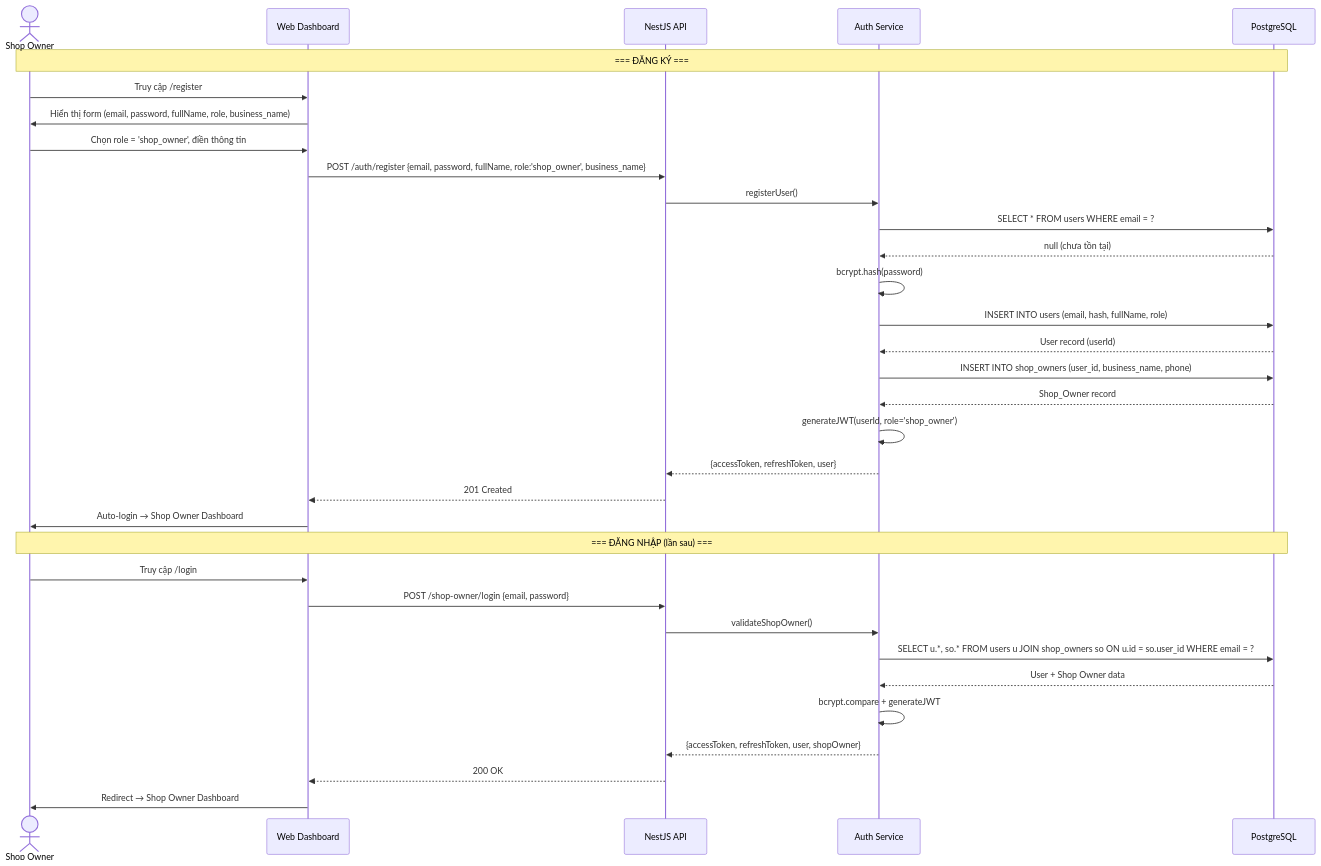
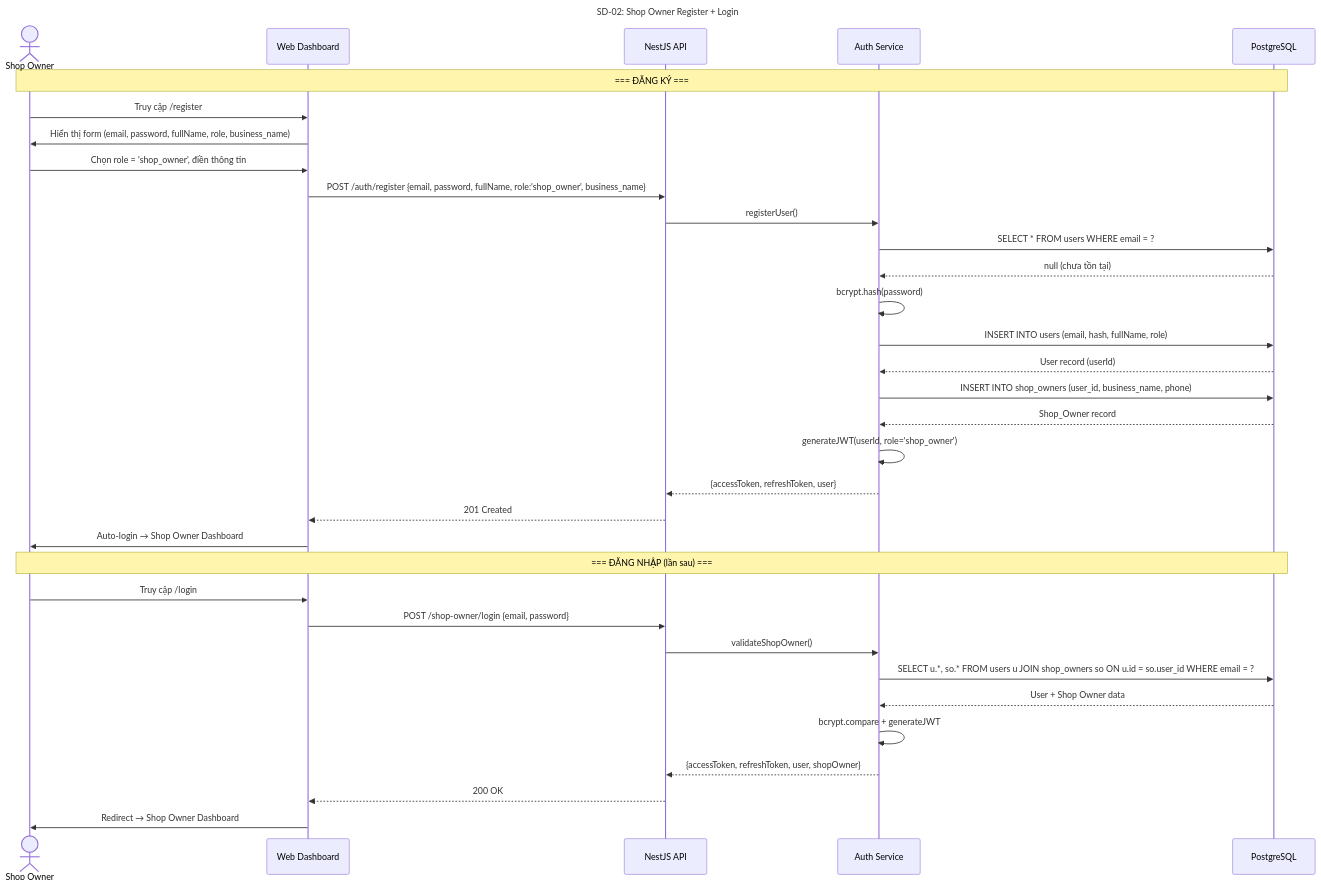
The second of 17 diagrams in docs/step3_prd/15_sequence_diagrams.md (Ttuandatt/Seminar), drawn with Mermaid before and after one commit. The commit also changed other lines of this file, not shown here.

Commit message:
docs(sequence): add title labels to all 17 mermaid sequence diagrams for draw.io identification

````diff
--- a/docs/step3_prd/15_sequence_diagrams.md
+++ b/docs/step3_prd/15_sequence_diagrams.md
@@ -91,37 +92,38 @@
 ```mermaid
 sequenceDiagram
+    title SD-02: Shop Owner Register + Login
     actor SO as Shop Owner
     participant UI as Web Dashboard
     participant API as NestJS API
     participant Auth as Auth Service
     participant DB as PostgreSQL
 
     Note over SO, DB: === ĐĂNG KÝ ===
     SO->>UI: Truy cập /register
     UI->>SO: Hiển thị form (email, password, fullName, role, business_name)
     SO->>UI: Chọn role = 'shop_owner', điền thông tin
     UI->>API: POST /auth/register {email, password, fullName, role:'shop_owner', business_name}
     API->>Auth: registerUser()
     Auth->>DB: SELECT * FROM users WHERE email = ?
     DB-->>Auth: null (chưa tồn tại)
     Auth->>Auth: bcrypt.hash(password)
     Auth->>DB: INSERT INTO users (email, hash, fullName, role)
     DB-->>Auth: User record (userId)
     Auth->>DB: INSERT INTO shop_owners (user_id, business_name, phone)
     DB-->>Auth: Shop_Owner record
     Auth->>Auth: generateJWT(userId, role='shop_owner')
     Auth-->>API: {accessToken, refreshToken, user}
     API-->>UI: 201 Created
     UI->>SO: Auto-login → Shop Owner Dashboard
 
     Note over SO, DB: === ĐĂNG NHẬP (lần sau) ===
     SO->>UI: Truy cập /login
     UI->>API: POST /shop-owner/login {email, password}
     API->>Auth: validateShopOwner()
     Auth->>DB: SELECT u.*, so.* FROM users u JOIN shop_owners so ON u.id = so.user_id WHERE email = ?
     DB-->>Auth: User + Shop Owner data
     Auth->>Auth: bcrypt.compare + generateJWT
     Auth-->>API: {accessToken, refreshToken, user, shopOwner}
     API-->>UI: 200 OK
     UI->>SO: Redirect → Shop Owner Dashboard
 ```
````
